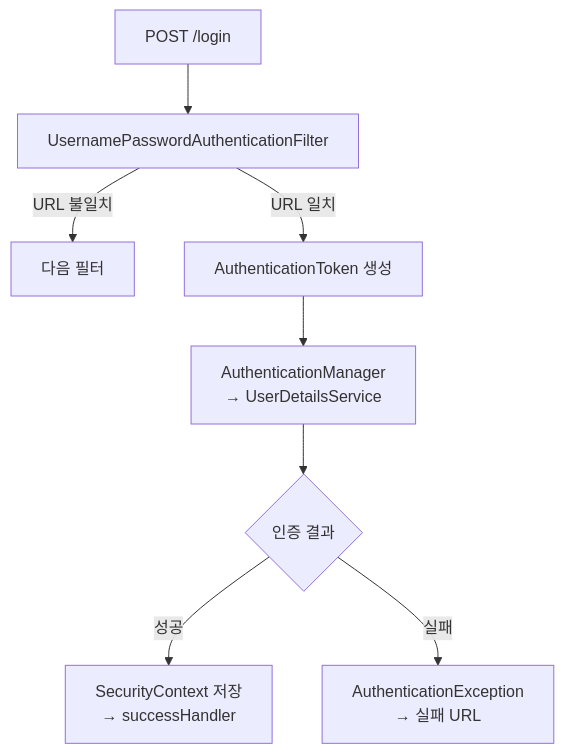
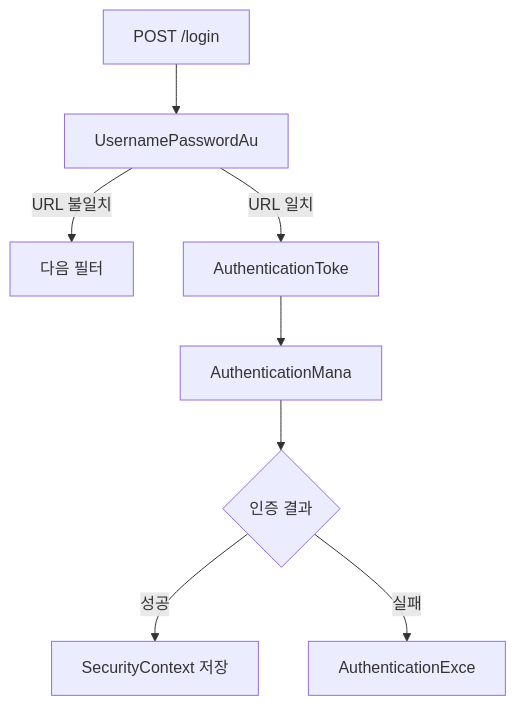
One commit to yjkim2015/yjkim2015.github.io changed the second of 2 diagrams in _posts/security/2021-01-14-Form 인증 방식.md. Above: the diagram before and after it, drawn with Mermaid. The commit also changed 271 other files, not shown here.

First line of the commit message:
Mermaid 라벨 축소: 긴 노드 텍스트 18자 이하로 트림 + \n 제거

````diff
--- a/_posts/security/2021-01-14-Form 인증 방식.md
+++ b/_posts/security/2021-01-14-Form 인증 방식.md
@@ -176,10 +176,10 @@
 ```mermaid
 flowchart TD
-    A["POST /login"] --> B["UsernamePasswordAuthenticationFilter"]
+    A["POST /login"] --> B["UsernamePasswordAu"]
     B -->|URL 불일치| E["다음 필터"]
-    B -->|URL 일치| D["AuthenticationToken 생성"]
-    D --> F["AuthenticationManager\n→ UserDetailsService"]
+    B -->|URL 일치| D["AuthenticationToke"]
+    D --> F["AuthenticationMana"]
     F --> H{"인증 결과"}
-    H -->|성공| I["SecurityContext 저장\n→ successHandler"]
-    H -->|실패| J["AuthenticationException\n→ 실패 URL"]
+    H -->|성공| I["SecurityContext 저장"]
+    H -->|실패| J["AuthenticationExce"]
 ```
````
